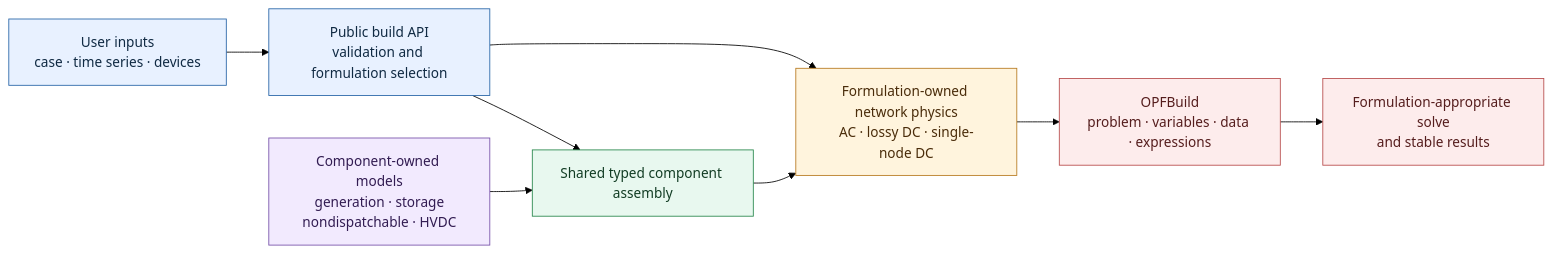
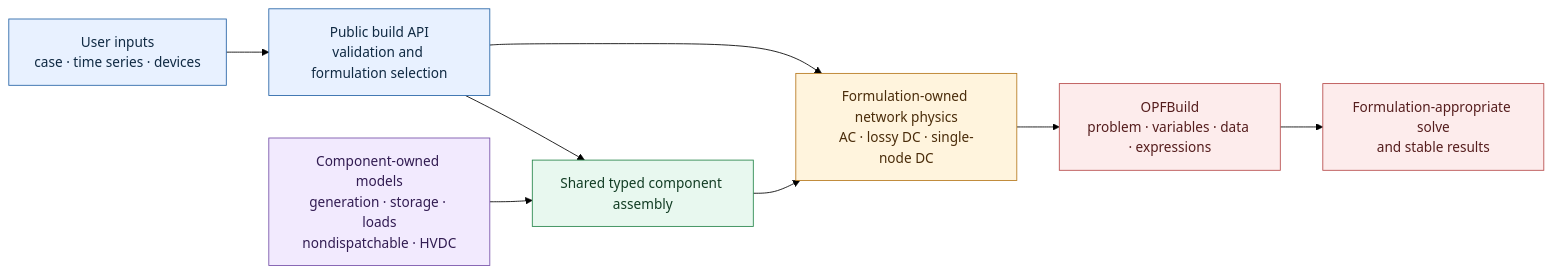
One commit to cvxgrp/cvxopf changed the diagram in README.md. Above: the diagram before and after it, drawn with Mermaid (forest theme). The commit also changed other lines of this file and 9 other files, not shown here.

````diff
--- a/README.md
+++ b/README.md
@@ -100,24 +109,24 @@
 ```mermaid
 flowchart LR
     user["User inputs<br/>case · time series · devices"] --> api["Public build API<br/>validation and formulation selection"]
 
     api --> physics["Formulation-owned network physics<br/>AC · lossy DC · single-node DC"]
     api --> assembly["Shared typed component assembly"]
-    devices["Component-owned models<br/>generation · storage<br/>nondispatchable · HVDC"] --> assembly
+    devices["Component-owned models<br/>generation · storage · loads<br/>nondispatchable · HVDC"] --> assembly
     assembly --> physics
 
     physics --> build["OPFBuild<br/>problem · variables · data · expressions"]
     build --> solve["Formulation-appropriate solve<br/>and stable results"]
 
     classDef public fill:#e8f1ff,stroke:#2563a6,color:#102a43
     classDef formulation fill:#fff4dd,stroke:#b7791f,color:#4a2c0a
     classDef assembly fill:#e8f8ef,stroke:#27864b,color:#123d24
     classDef component fill:#f2eafe,stroke:#7650a8,color:#321c52
     classDef output fill:#fdecec,stroke:#b74b4b,color:#551d1d
 
     class user,api public
     class physics formulation
     class assembly assembly
     class devices component
     class build,solve output
 ```
````
